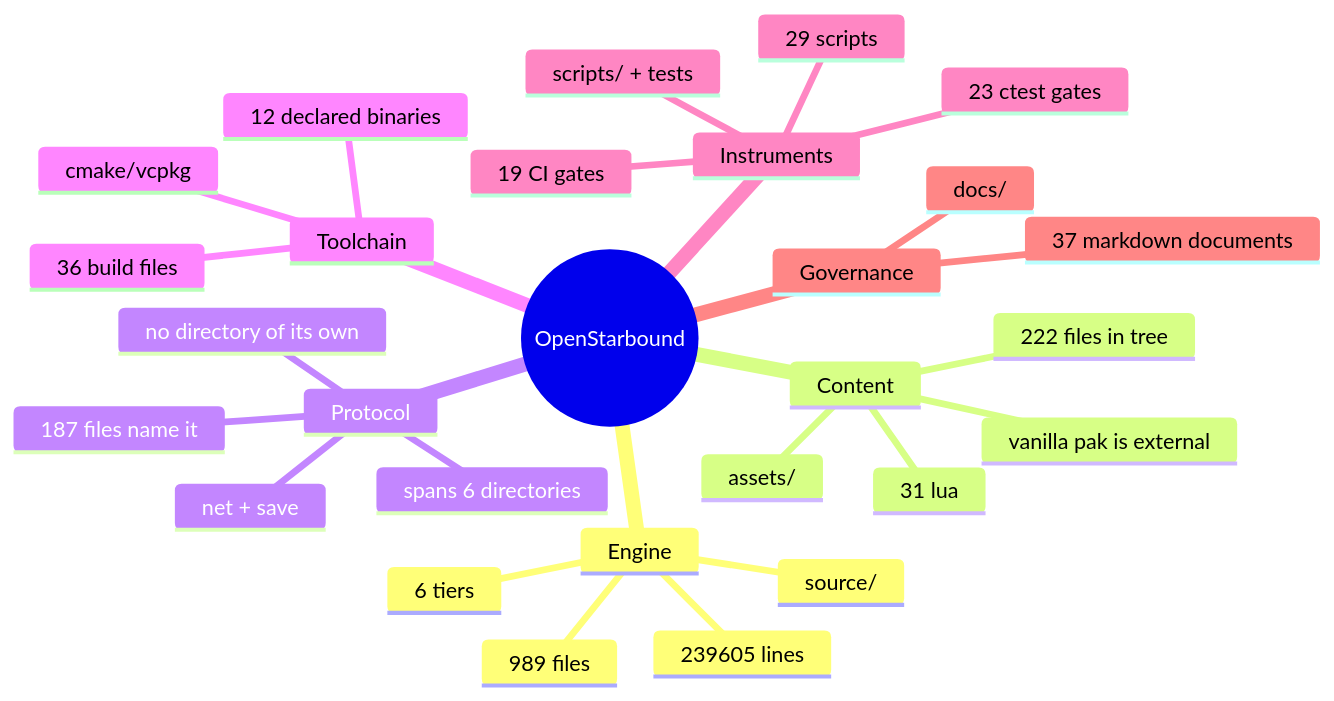
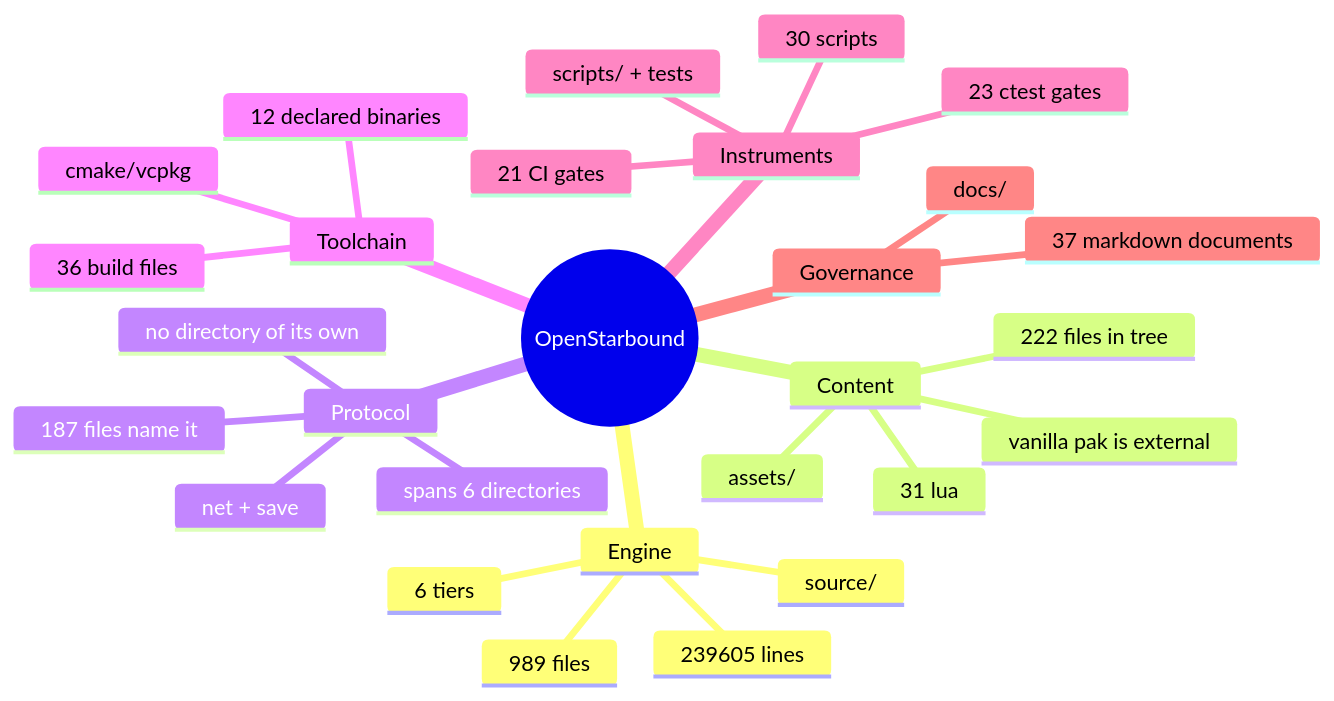
One commit to apnex/OpenStarbound changed the second of 11 diagrams in docs/architecture/system-boundaries.md. Above: the diagram before and after it, drawn with Mermaid. The commit also changed 5 other files, not shown here.

````diff
--- a/docs/architecture/system-boundaries.md
+++ b/docs/architecture/system-boundaries.md
@@ -166,31 +166,31 @@
 ```mermaid
 mindmap
   root((OpenStarbound))
     Engine
       source/
       989 files
       239605 lines
       6 tiers
     Content
       assets/
       222 files in tree
       31 lua
       vanilla pak is external
     Protocol
       net + save
       187 files name it
       spans 6 directories
       no directory of its own
     Toolchain
       cmake/vcpkg
       36 build files
       12 declared binaries
     Instruments
       scripts/ + tests
-      29 scripts
+      30 scripts
       23 ctest gates
-      19 CI gates
+      21 CI gates
     Governance
       docs/
       37 markdown documents
 ```
````
